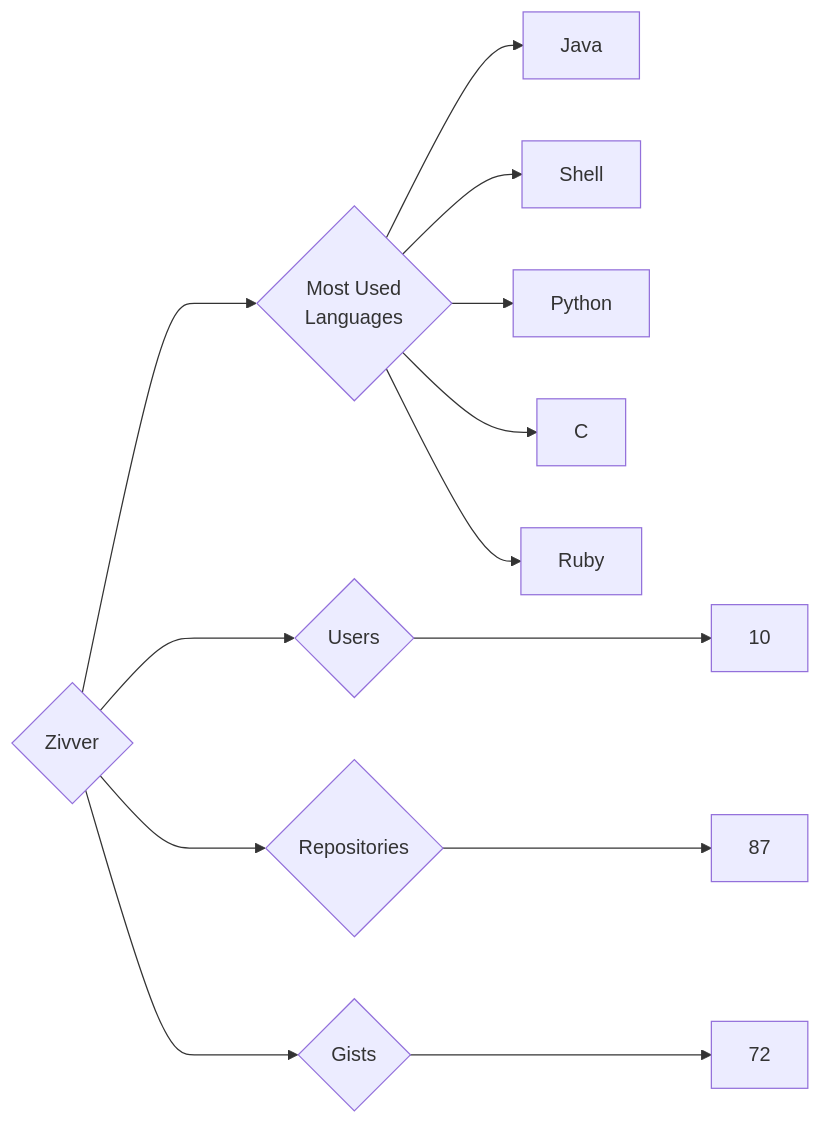
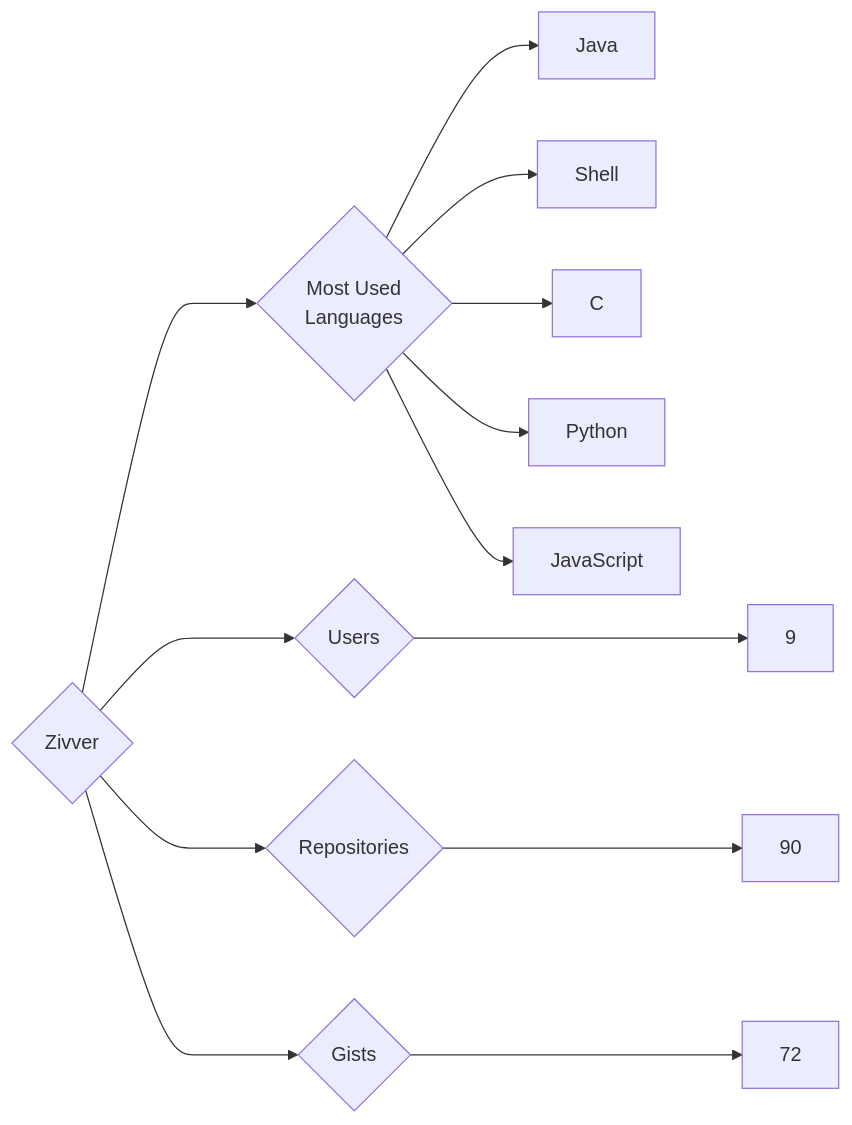
One commit to trickest/insiders changed the diagram in targets/Zivver/README.md. Above: the diagram before and after it, drawn with Mermaid. The commit also changed 940 other files, not shown here.

````diff
--- a/targets/Zivver/README.md
+++ b/targets/Zivver/README.md
@@ -3,13 +3,13 @@
 ```mermaid
 graph LR
 COMPANY_NAME{Zivver}
-COMPANY_NAME ---> U{Users} ---> UN[10]
-COMPANY_NAME ---> R{Repositories} ---> RN[87]
+COMPANY_NAME ---> U{Users} ---> UN[9]
+COMPANY_NAME ---> R{Repositories} ---> RN[90]
 COMPANY_NAME ---> G{Gists} ---> GN[72]
 COMPANY_NAME ---> ML{Most Used<br>Languages}
 ML --> Java[Java]
 ML --> Shell[Shell]
+ML --> C[C]
 ML --> Python[Python]
-ML --> C[C]
-ML --> Ruby[Ruby]
+ML --> JavaScript[JavaScript]
 ```
````
